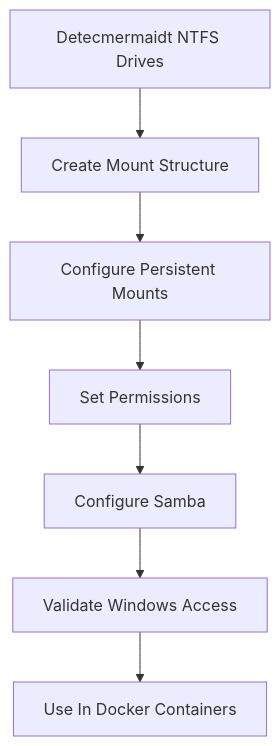
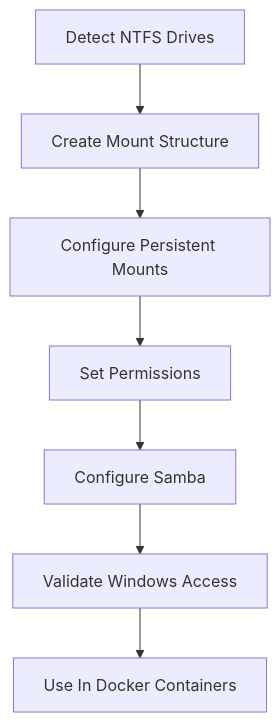
Before and after one commit to pirocorp/Ubuntu-Media-Server-Homelab-Setup-Guide: the seventh of 8 diagrams in README.md, drawn with Mermaid. The commit also changed other lines of this file, not shown here.

````diff
--- a/README.md
+++ b/README.md
@@ -688,9 +687,9 @@
 ```mermaid
 flowchart TD
-    A[Detecmermaidt NTFS Drives] --> B[Create Mount Structure]
+    A[Detect NTFS Drives] --> B[Create Mount Structure]
     B --> C[Configure Persistent Mounts]
     C --> D[Set Permissions]
     D --> E[Configure Samba]
     E --> F[Validate Windows Access]
     F --> G[Use In Docker Containers]
 ```
````
